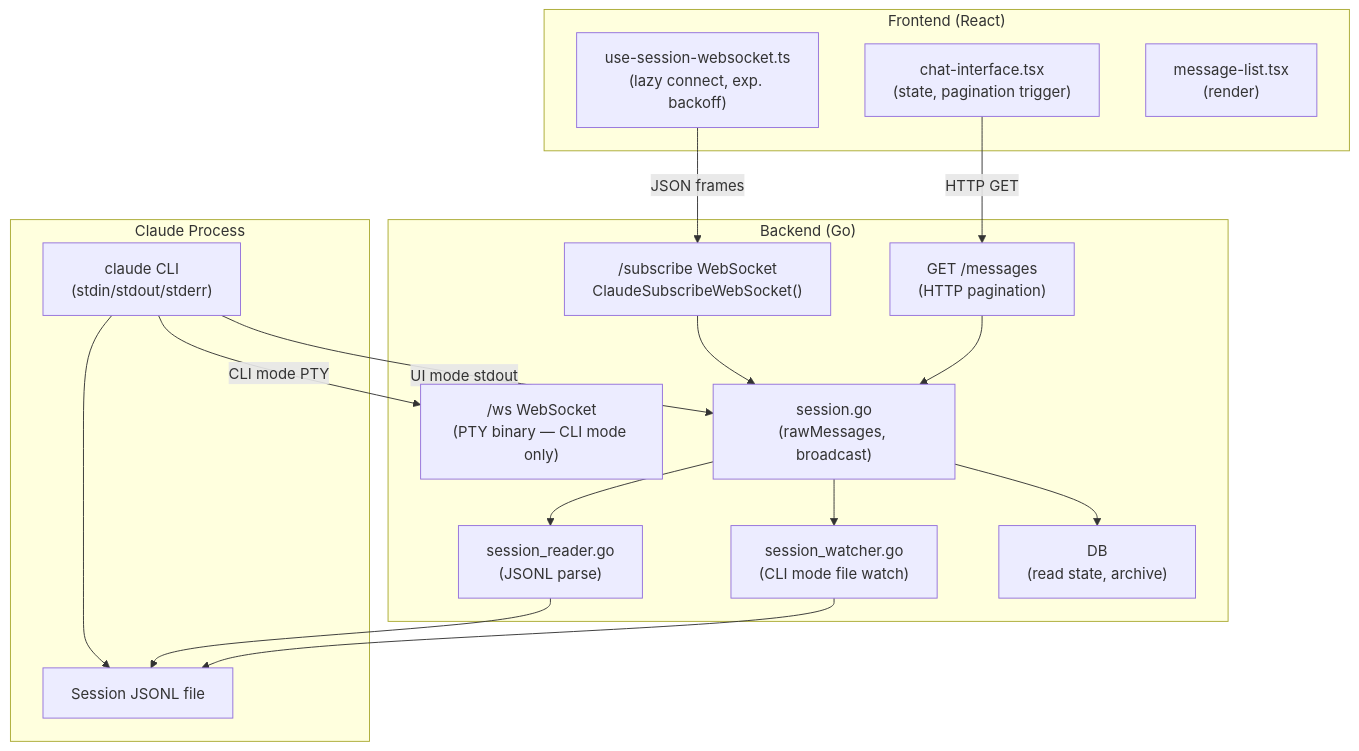
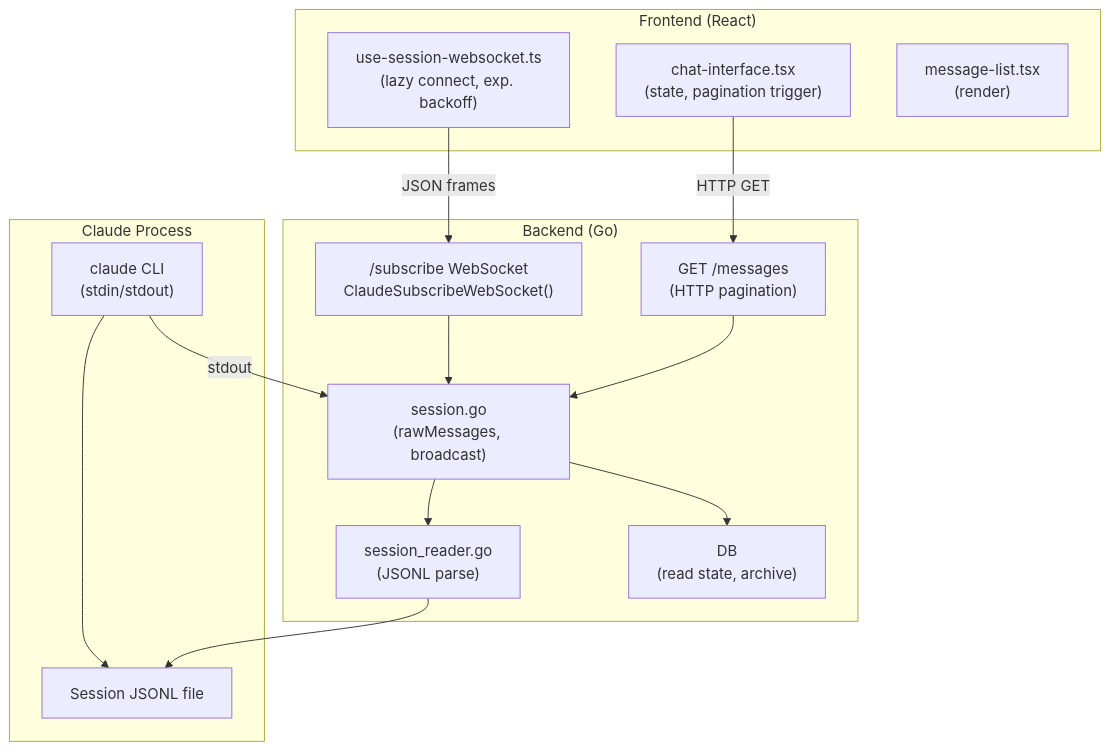
The first of 3 diagrams in src/content/docs/internal/claude-code/session-messages-review.md (xiaoyuanzhu-com/my-life-db-docs), drawn with Mermaid before and after one commit. The commit also changed other lines of this file, not shown here.

First line of the commit message:
docs: update session messages review for dropped types and CLI removal

````diff
--- a/src/content/docs/internal/claude-code/session-messages-review.md
+++ b/src/content/docs/internal/claude-code/session-messages-review.md
@@ -54,36 +54,31 @@
 ```mermaid
 graph TD
     subgraph Frontend["Frontend (React)"]
         WS_HOOK["use-session-websocket.ts\n(lazy connect, exp. backoff)"]
         CHAT["chat-interface.tsx\n(state, pagination trigger)"]
         MSG_LIST["message-list.tsx\n(render)"]
     end
 
     subgraph Backend["Backend (Go)"]
         SUBSCRIBE["/subscribe WebSocket\nClaudeSubscribeWebSocket()"]
-        TERMINAL["/ws WebSocket\n(PTY binary — CLI mode only)"]
         HTTP_MSG["GET /messages\n(HTTP pagination)"]
         SESSION["session.go\n(rawMessages, broadcast)"]
         READER["session_reader.go\n(JSONL parse)"]
-        WATCHER["session_watcher.go\n(CLI mode file watch)"]
         DB["DB\n(read state, archive)"]
     end
 
     subgraph Upstream["Claude Process"]
-        CLAUDE_PROC["claude CLI\n(stdin/stdout/stderr)"]
+        CLAUDE_PROC["claude CLI\n(stdin/stdout)"]
         JSONL["Session JSONL file"]
     end
 
     WS_HOOK -->|"JSON frames"| SUBSCRIBE
     CHAT -->|"HTTP GET"| HTTP_MSG
     SUBSCRIBE --> SESSION
     HTTP_MSG --> SESSION
     SESSION --> READER
-    SESSION --> WATCHER
-    CLAUDE_PROC -->|UI mode stdout| SESSION
-    CLAUDE_PROC -->|CLI mode PTY| TERMINAL
+    CLAUDE_PROC -->|stdout| SESSION
     CLAUDE_PROC --> JSONL
     READER --> JSONL
-    WATCHER --> JSONL
     SESSION --> DB
 ```
````
